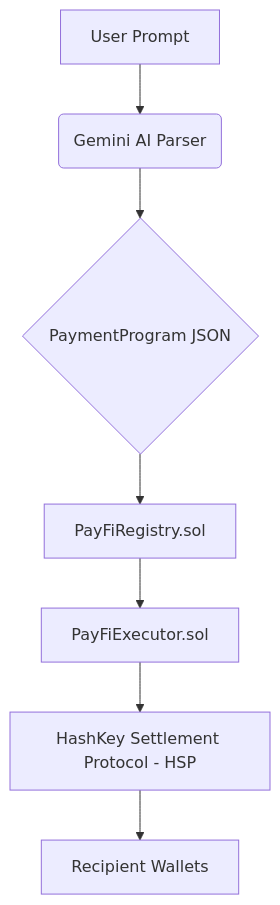
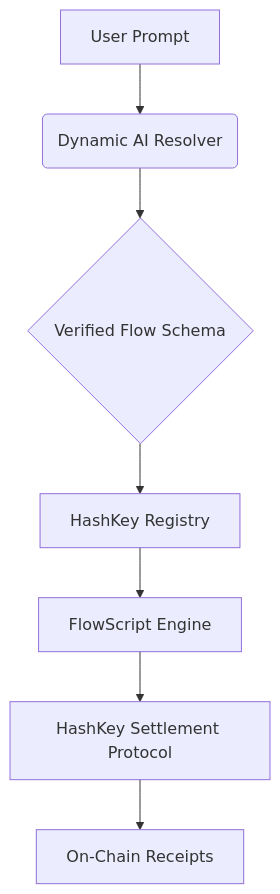
One commit to Lakshmikanth-3/payFi changed the diagram in README.md. Above: the diagram before and after it, drawn with Mermaid. The commit also changed other lines of this file and 1 other file, not shown here.

Commit message:
final submission polish: high-availability ai engine & documentation upgrade

````diff
--- a/README.md
+++ b/README.md
@@ -41,9 +40,9 @@
 ```mermaid
 graph TD
-    A[User Prompt] --> B(Gemini AI Parser)
-    B --> C{PaymentProgram JSON}
-    C --> D[PayFiRegistry.sol]
-    D --> E[PayFiExecutor.sol]
-    E --> F[HashKey Settlement Protocol - HSP]
-    F --> G[Recipient Wallets]
+    A[User Prompt] --> B(Dynamic AI Resolver)
+    B --> C{Verified Flow Schema}
+    C --> D[HashKey Registry]
+    D --> E[FlowScript Engine]
+    E --> F[HashKey Settlement Protocol]
+    F --> G[On-Chain Receipts]
 ```
````
